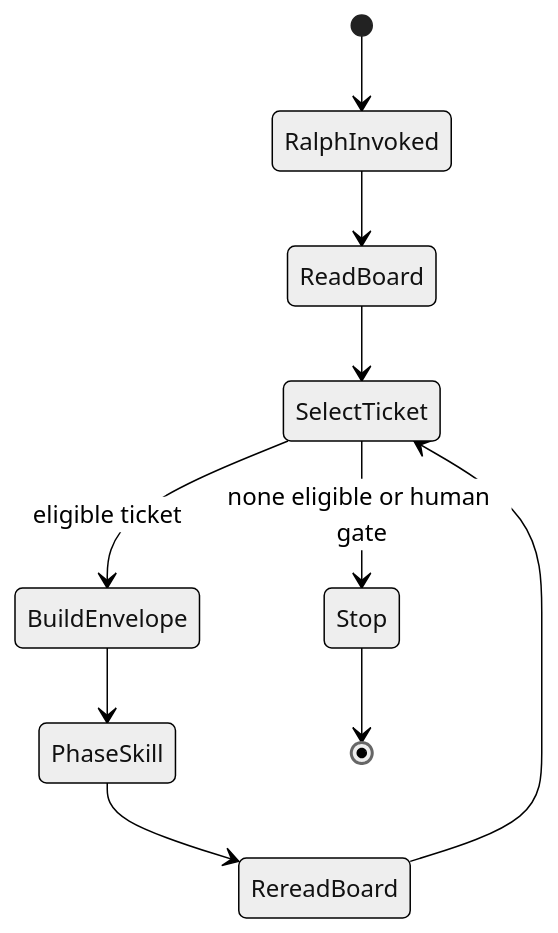
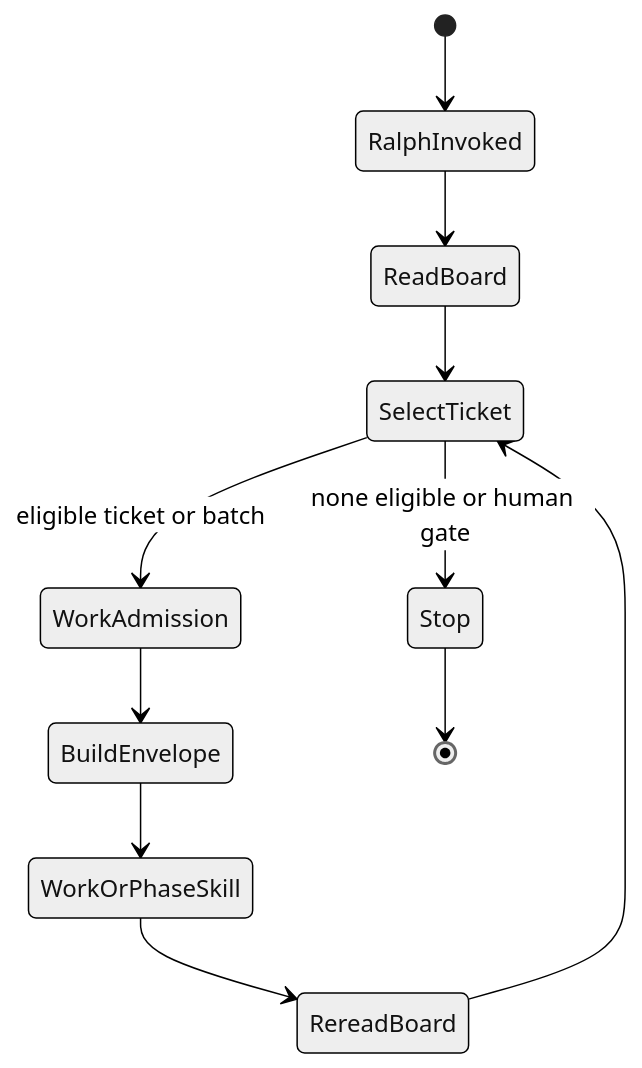
The third of 4 diagrams in docs/specs/board-compute-orchestration.md (ZanarkandTechnologies/Farplane), drawn with Mermaid (neutral theme) before and after one commit. The commit also changed other lines of this file and 44 other files, not shown here.

Commit message:
feat(work): add goal-backed work admission

````diff
--- a/docs/specs/board-compute-orchestration.md
+++ b/docs/specs/board-compute-orchestration.md
@@ -397,12 +403,13 @@
 ```mermaid
 stateDiagram-v2
   [*] --> RalphInvoked
   RalphInvoked --> ReadBoard
   ReadBoard --> SelectTicket
   SelectTicket --> Stop: none eligible or human gate
-  SelectTicket --> BuildEnvelope: eligible ticket
-  BuildEnvelope --> PhaseSkill
-  PhaseSkill --> RereadBoard
+  SelectTicket --> WorkAdmission: eligible ticket or batch
+  WorkAdmission --> BuildEnvelope
+  BuildEnvelope --> WorkOrPhaseSkill
+  WorkOrPhaseSkill --> RereadBoard
   RereadBoard --> SelectTicket
   Stop --> [*]
 ```
````
